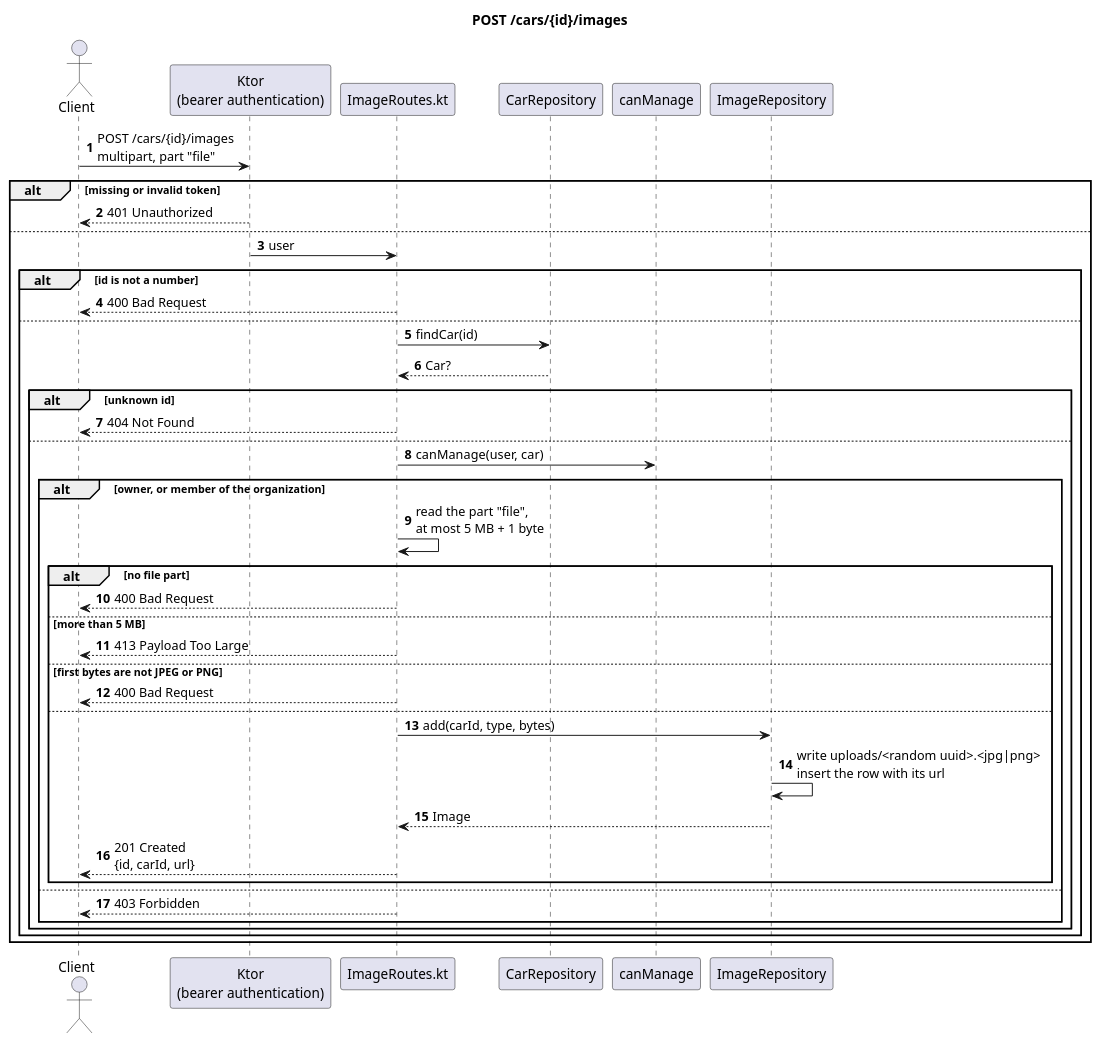
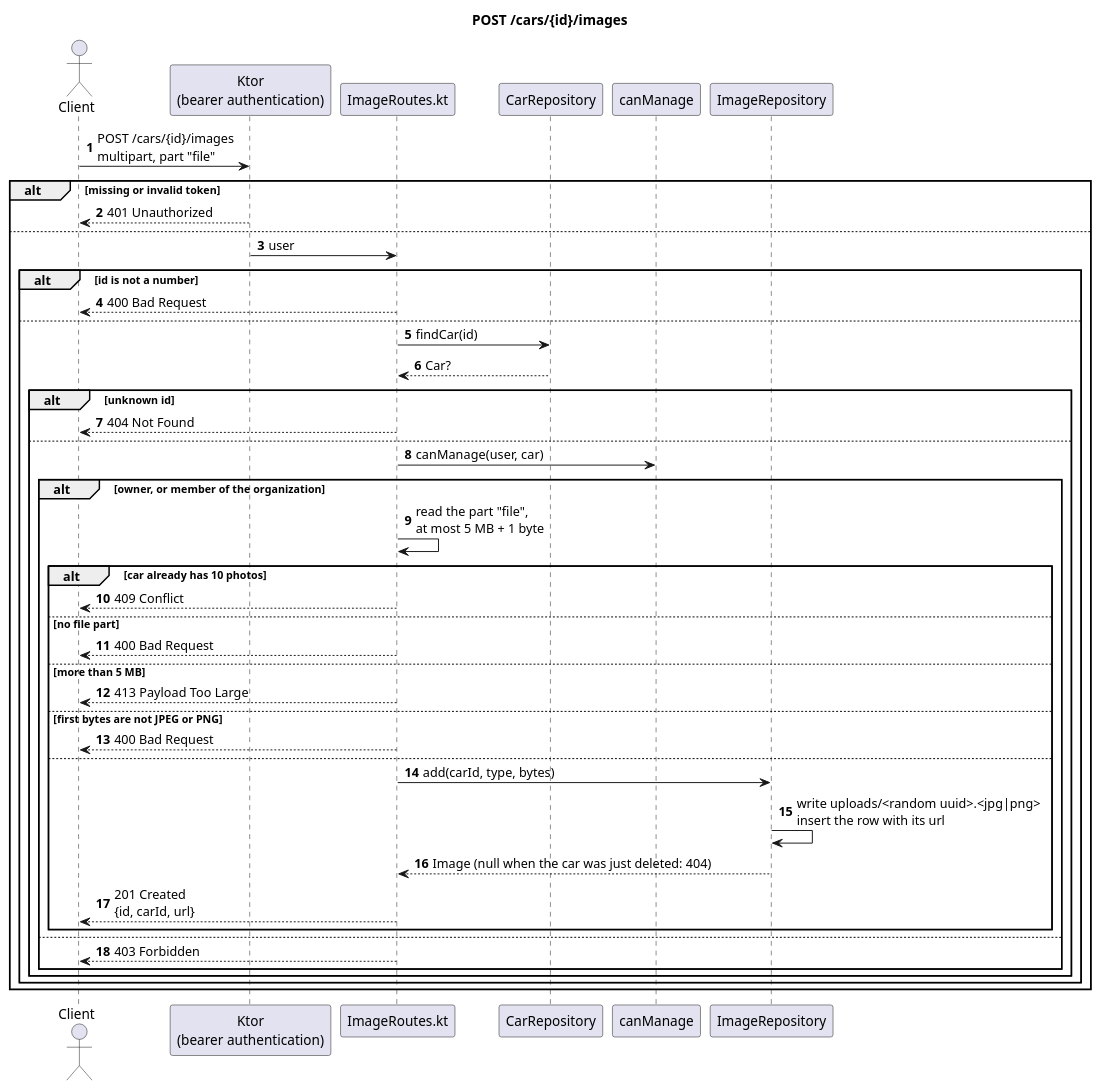
Before and after one commit to Rent-a-car-38291/rent-a-car: the diagram in docs/diagrams/sequence-car-image.puml, drawn with PlantUML. The commit also changed 3 other files, not shown here.

```diff
--- a/docs/diagrams/sequence-car-image.puml
+++ b/docs/diagrams/sequence-car-image.puml
@@ -1,47 +1,49 @@
 @startuml
 title POST /cars/{id}/images
 autonumber
 
 actor Client
 participant "Ktor\n(bearer authentication)" as Auth
 participant "ImageRoutes.kt" as Route
 participant "CarRepository" as Cars
 participant "canManage" as Access
 participant "ImageRepository" as Repo
 
 Client -> Auth : POST /cars/{id}/images\nmultipart, part "file"
 alt missing or invalid token
   Auth --> Client : 401 Unauthorized
 else
   Auth -> Route : user
   alt id is not a number
     Route --> Client : 400 Bad Request
   else
     Route -> Cars : findCar(id)
     Cars --> Route : Car?
     alt unknown id
       Route --> Client : 404 Not Found
     else
       Route -> Access : canManage(user, car)
       alt owner, or member of the organization
         Route -> Route : read the part "file",\nat most 5 MB + 1 byte
-        alt no file part
+        alt car already has 10 photos
+          Route --> Client : 409 Conflict
+        else no file part
           Route --> Client : 400 Bad Request
         else more than 5 MB
           Route --> Client : 413 Payload Too Large
         else first bytes are not JPEG or PNG
           Route --> Client : 400 Bad Request
         else
           Route -> Repo : add(carId, type, bytes)
           Repo -> Repo : write uploads/<random uuid>.<jpg|png>\ninsert the row with its url
-          Repo --> Route : Image
+          Repo --> Route : Image (null when the car was just deleted: 404)
           Route --> Client : 201 Created\n{id, carId, url}
         end
       else
         Route --> Client : 403 Forbidden
       end
     end
   end
 end
 
 @enduml
```
